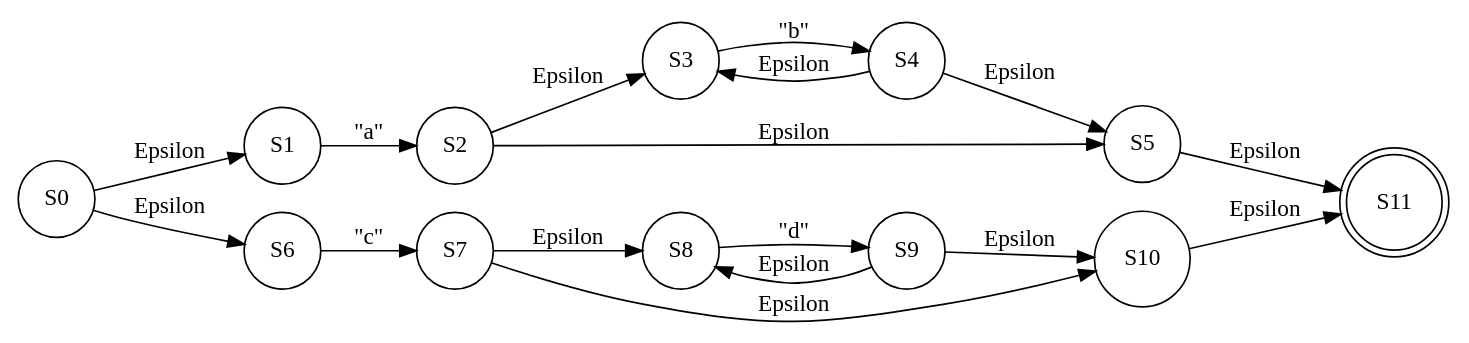
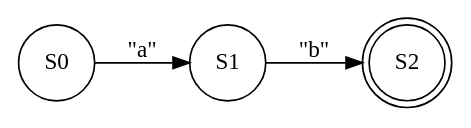
The diagram in OLC_Proyecto1_201709426/bin/Debug/afnd_er1.dot (elimazariegosr/OLC1_Proyecto1_201709426), drawn with Graphviz before and after one commit. The commit also changed 28 other files, not shown here.

```diff
--- a/OLC_Proyecto1_201709426/bin/Debug/afnd_er1.dot
+++ b/OLC_Proyecto1_201709426/bin/Debug/afnd_er1.dot
@@ -1,21 +1,7 @@
 digraph G{ 
 rankdir=LR;
- node[shape="circle"];S0-> S1[label="Epsilon"];
-S0-> S6[label="Epsilon"];
-S1-> S2[label="\"a\""];
-S2-> S3[label="Epsilon"];
-S2-> S5[label="Epsilon"];
-S3-> S4[label="\"b\""];
-S4-> S3[label="Epsilon"];
-S4-> S5[label="Epsilon"];
-S5-> S11[label="Epsilon"];
-S6-> S7[label="\"c\""];
-S7-> S8[label="Epsilon"];
-S7-> S10[label="Epsilon"];
-S8-> S9[label="\"d\""];
-S9-> S8[label="Epsilon"];
-S9-> S10[label="Epsilon"];
-S10-> S11[label="Epsilon"];
-S11[shape="doublecircle"]
+ node[shape="circle"];S0-> S1[label="\"a\""];
+S1-> S2[label="\"b\""];
+S2[shape="doublecircle"]
 
 }
```
